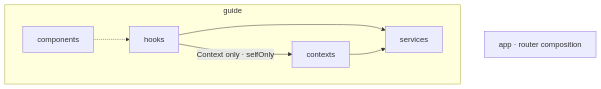
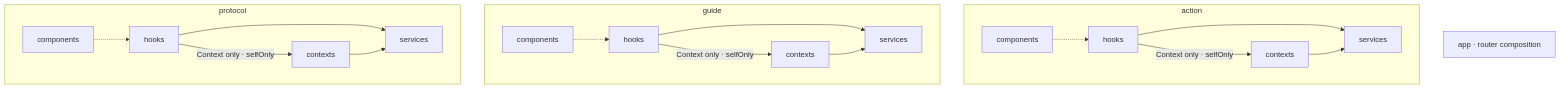
Before and after one commit to taco3064/shoal-app: the diagram in docs/architecture-handbook.md, drawn with Mermaid. The commit also changed other lines of this file, not shown here.

Commit message:
Regenerate architecture handbook for action source modules

````diff
--- a/docs/architecture-handbook.md
+++ b/docs/architecture-handbook.md
@@ -9,14 +9,34 @@
 ```mermaid
 flowchart TD
-  m0["app · router composition"]
-  subgraph m1["guide"]
-    m1_l0["components"]
-    m1_l1["hooks"]
-    m1_l2["contexts"]
-    m1_l3["services"]
-    m1_l0 -.-> m1_l1
-    m1_l1 -->|Context only · selfOnly| m1_l2
-    m1_l1 --> m1_l3
-    m1_l2 --> m1_l3
+  subgraph m0["action"]
+    m0_l0["components"]
+    m0_l1["hooks"]
+    m0_l2["contexts"]
+    m0_l3["services"]
+    m0_l0 -.-> m0_l1
+    m0_l1 -->|Context only · selfOnly| m0_l2
+    m0_l1 --> m0_l3
+    m0_l2 --> m0_l3
+  end
+  m1["app · router composition"]
+  subgraph m2["guide"]
+    m2_l0["components"]
+    m2_l1["hooks"]
+    m2_l2["contexts"]
+    m2_l3["services"]
+    m2_l0 -.-> m2_l1
+    m2_l1 -->|Context only · selfOnly| m2_l2
+    m2_l1 --> m2_l3
+    m2_l2 --> m2_l3
+  end
+  subgraph m3["protocol"]
+    m3_l0["components"]
+    m3_l1["hooks"]
+    m3_l2["contexts"]
+    m3_l3["services"]
+    m3_l0 -.-> m3_l1
+    m3_l1 -->|Context only · selfOnly| m3_l2
+    m3_l1 --> m3_l3
+    m3_l2 --> m3_l3
   end
 ```
````
